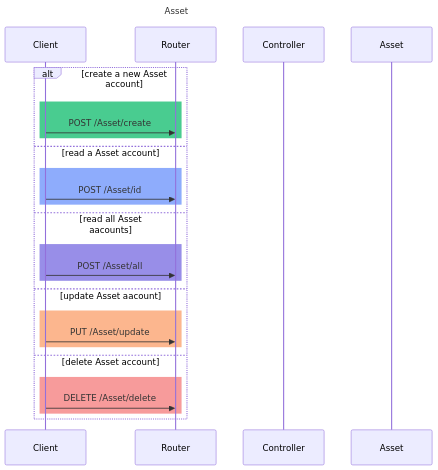
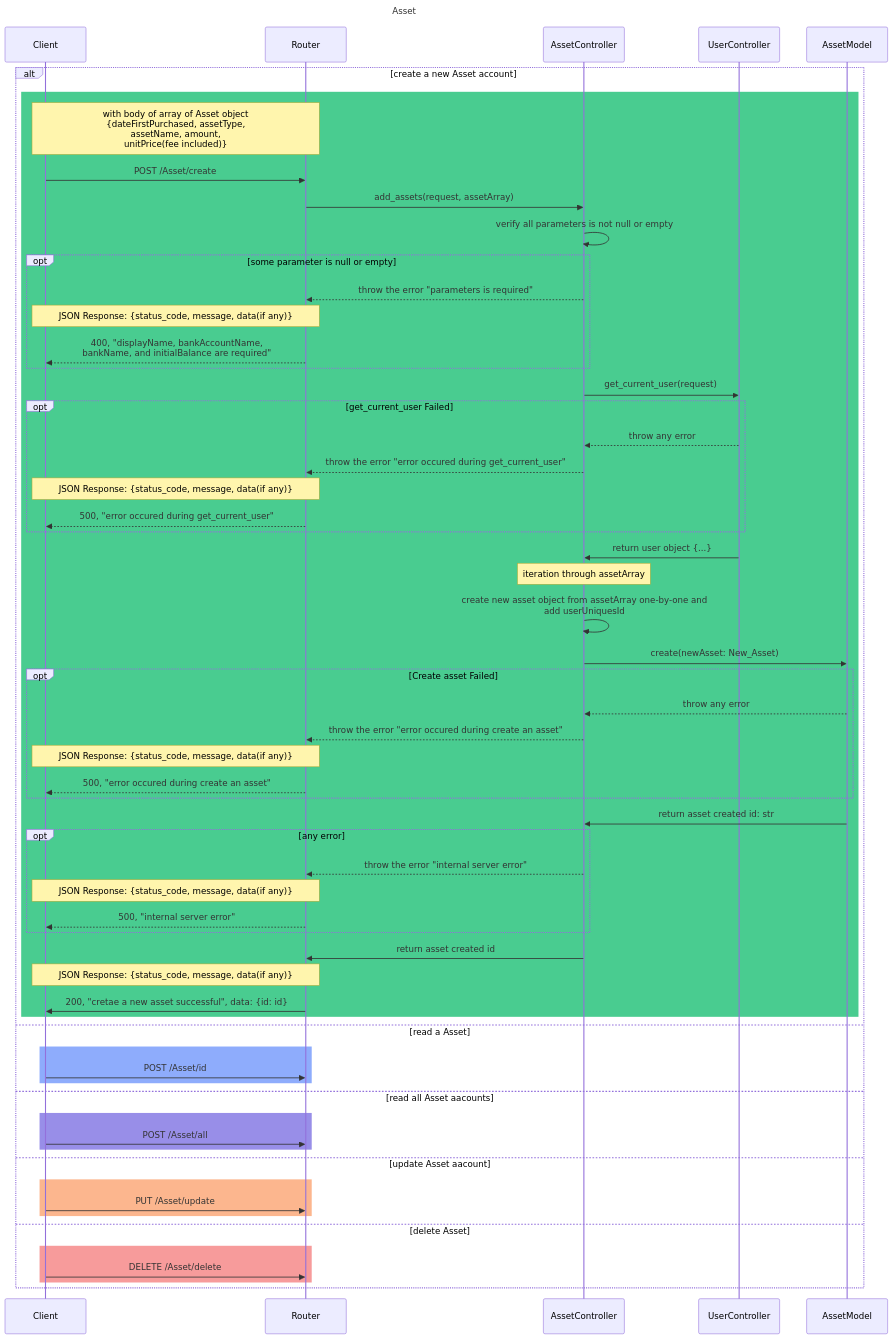
The diagram in design/Classes/Assets.mmd (SawatKia/WealthTracking), drawn with Mermaid before and after one commit.

Commit message:
new path

```diff
--- a/design/Classes/Assets.mmd
+++ b/design/Classes/Assets.mmd
@@ -1,28 +1,64 @@
 sequenceDiagram
     title Asset 
     participant Client
     participant Router
-    participant Controller
-    participant Asset as Asset
+    participant Cont as AssetController
+    participant User as UserController
+    participant Asset as AssetModel
 
     alt create a new Asset account
         rect rgb(73,204,144)
+            Note over Client,Router: with body of array of Asset object<br>{dateFirstPurchased, assetType,<br>assetName, amount,<br>unitPrice(fee included)}
             Client->>Router: POST /Asset/create
+            Router->>Cont: add_assets(request, assetArray)
+            Cont->>Cont: verify all parameters is not null or empty
+            opt some parameter is null or empty
+                Cont-->>Router: throw the error "parameters is required"
+                Note over Router,Client: JSON Response: {status_code, message, data(if any)}
+                Router-->>Client: 400, "displayName, bankAccountName,<br>bankName, and initialBalance are required"
+            end
+            Cont->>User: get_current_user(request)
+            opt get_current_user Failed
+                User-->>Cont: throw any error
+                Cont-->>Router: throw the error "error occured during get_current_user"
+                Note over Router,Client: JSON Response: {status_code, message, data(if any)}
+                Router-->>Client: 500, "error occured during get_current_user"
+            end
+            User->>Cont: return user object {...}
+            Note over Cont: iteration through assetArray
+            Cont->>Cont: create new asset object from assetArray one-by-one and<br>add userUniquesId
+            Cont->>Asset: create(newAsset: New_Asset)
+            opt Create asset Failed
+                Asset-->>Cont: throw any error
+                Cont-->>Router: throw the error "error occured during create an asset"
+                Note over Router,Client: JSON Response: {status_code, message, data(if any)}
+                Router-->>Client: 500, "error occured during create an asset"
+            end
+            Asset->>Cont: return asset created id: str
+            opt any error
+                Cont-->>Router: throw the error "internal server error"
+                Note over Router,Client: JSON Response: {status_code, message, data(if any)}
+                Router-->>Client: 500, "internal server error"
+            end
+            Cont->>Router: return asset created id
+            Note over Router,Client: JSON Response: {status_code, message, data(if any)}
+            Router->>Client: 200, "cretae a new asset successful", data: {id: id}
+
         end
-    else read a Asset account
+    else read a Asset 
         rect rgb(142,172,252)
             Client->>Router: POST /Asset/id
         end
     else read all Asset aacounts
         rect rgb(152, 142, 232)
             Client->>Router: POST /Asset/all
         end
     else update Asset aacount
         rect rgb(252,182,142)
             Client->>Router: PUT  /Asset/update
         end
-    else delete Asset account
+    else delete Asset 
         rect rgb(247,155,155)
             Client->>Router: DELETE /Asset/delete
         end
     end
```
